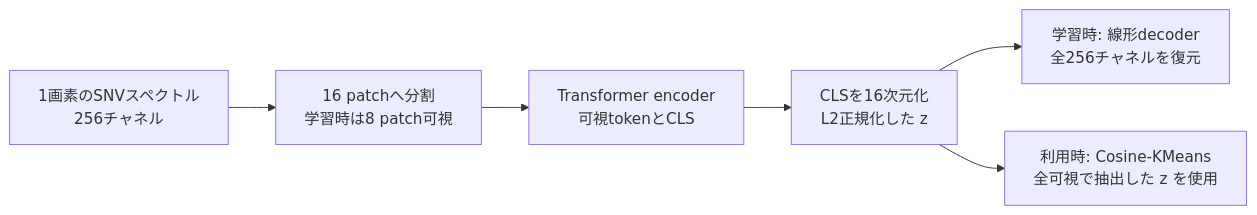
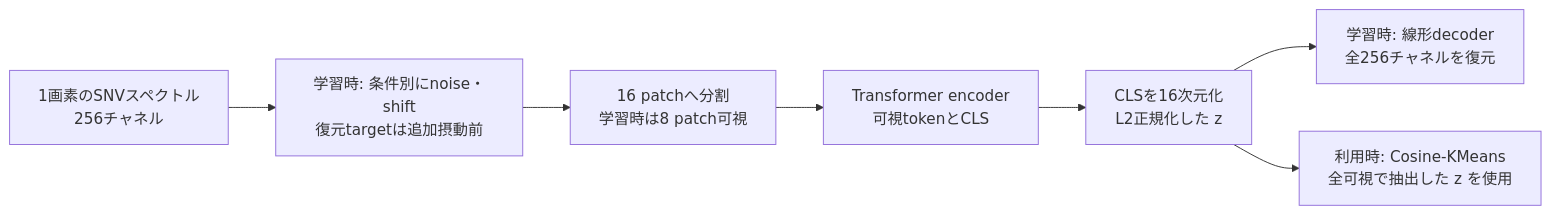
The diagram in docs/chemomae_positioning.md (Mantis-Ryuji/WoodDegradationMap), drawn with Mermaid before and after one commit. The commit also changed other lines of this file and 2 other files, not shown here.

````diff
--- a/docs/chemomae_positioning.md
+++ b/docs/chemomae_positioning.md
@@ -103,8 +170,9 @@
 ```mermaid
 flowchart LR
-    A["1画素のSNVスペクトル<br/>256チャネル"] --> B["16 patchへ分割<br/>学習時は8 patch可視"]
+    A["1画素のSNVスペクトル<br/>256チャネル"] --> G["学習時: 条件別にnoise・shift<br/>復元targetは追加摂動前"]
+    G --> B["16 patchへ分割<br/>学習時は8 patch可視"]
     B --> C["Transformer encoder<br/>可視tokenとCLS"]
     C --> D["CLSを16次元化<br/>L2正規化した z"]
     D --> E["学習時: 線形decoder<br/>全256チャネルを復元"]
     D --> F["利用時: Cosine-KMeans<br/>全可視で抽出した z を使用"]
 ```
````
